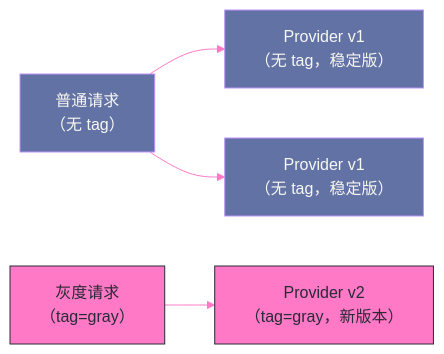
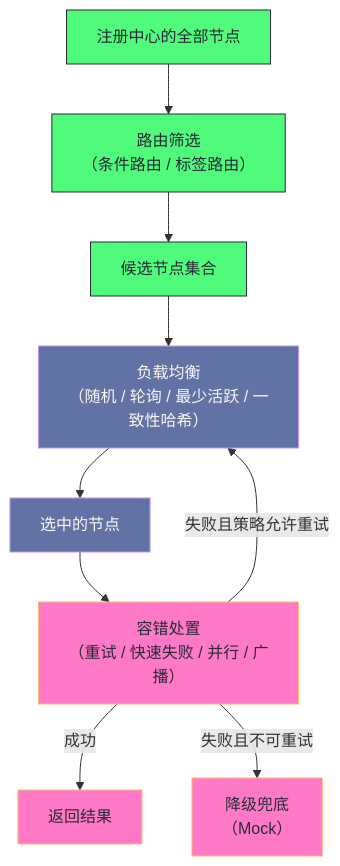
The diagram in content/中间件/Dubbo/06 负载均衡与集群容错.md (hpliStartAgain/my-brain), drawn with Mermaid before and after one commit. The commit also changed other lines of this file and 56 other files, not shown here.

````diff
--- a/content/中间件/Dubbo/06 负载均衡与集群容错.md
+++ b/content/中间件/Dubbo/06 负载均衡与集群容错.md
@@ -296,19 +198,19 @@
 ```mermaid
-%%{init: {'theme': 'base', 'themeVariables': {'primaryColor': '#6272a4', 'primaryTextColor': '#f8f8f2', 'primaryBorderColor': '#bd93f9', 'lineColor': '#ff79c6', 'secondaryColor': '#44475a', 'tertiaryColor': '#282a36', 'background': '#282a36', 'mainBkg': '#44475a'}}}%%
-graph LR
-    C1["普通请求</br>（无 tag）"]
-    C2["灰度请求</br>（tag=gray）"]
-    
-    P1["Provider v1</br>（无 tag，稳定版）"]
-    P2["Provider v1</br>（无 tag，稳定版）"]
-    P3["Provider v2</br>（tag=gray，新版本）"]
+%%{init: {'theme': 'dracula'}}%%
+graph TD
+    ALL["注册中心的全部节点"] --> RT["路由筛选<br/>（条件路由 / 标签路由）"]
+    RT --> CAND["候选节点集合"]
+    CAND --> LB["负载均衡<br/>（随机 / 轮询 / 最少活跃 / 一致性哈希）"]
+    LB --> ONE["选中的节点"]
+    ONE --> CL["容错处置<br/>（重试 / 快速失败 / 并行 / 广播）"]
+    CL -- "失败且策略允许重试" --> LB
+    CL -- "成功" --> DONE["返回结果"]
+    CL -- "失败且不可重试" --> MOCK["降级兜底<br/>（Mock）"]
 
-    C1 --> P1
-    C1 --> P2
-    C2 --> P3
-
-    classDef normal fill:#6272a4,stroke:#bd93f9,color:#f8f8f2
-    classDef gray fill:#ff79c6,stroke:#282a36,color:#282a36
-    class P1,P2,C1 normal
-    class P3,C2 gray
+    classDef route fill:#50fa7b,stroke:#282a36,color:#282a36
+    classDef pick fill:#6272a4,stroke:#bd93f9,color:#f8f8f2
+    classDef fault fill:#ff79c6,stroke:#ffb86c,color:#282a36
+    class ALL,RT,CAND route
+    class LB,ONE pick
+    class CL,DONE,MOCK fault
 ```
````
